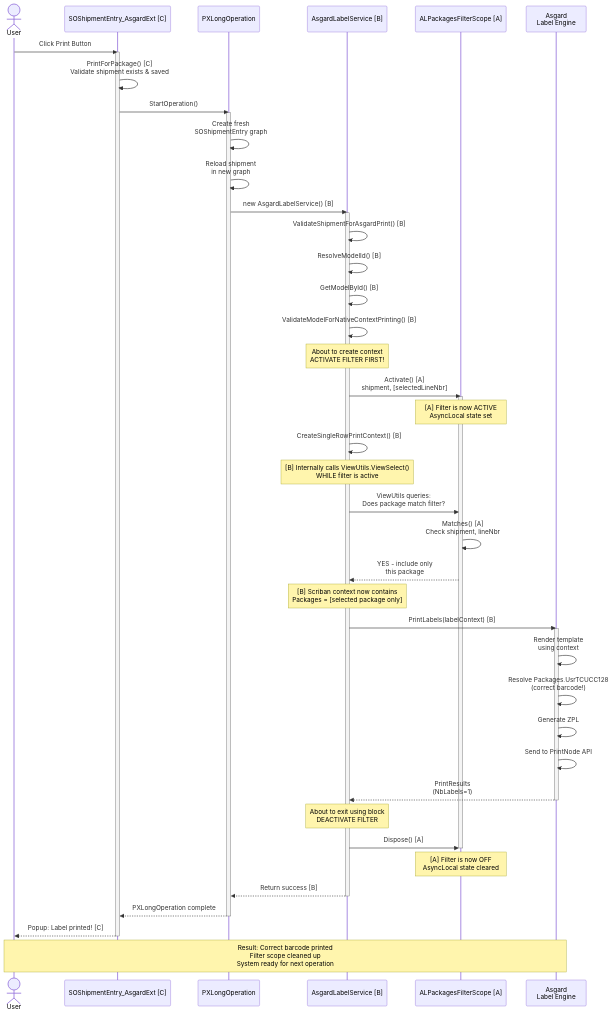
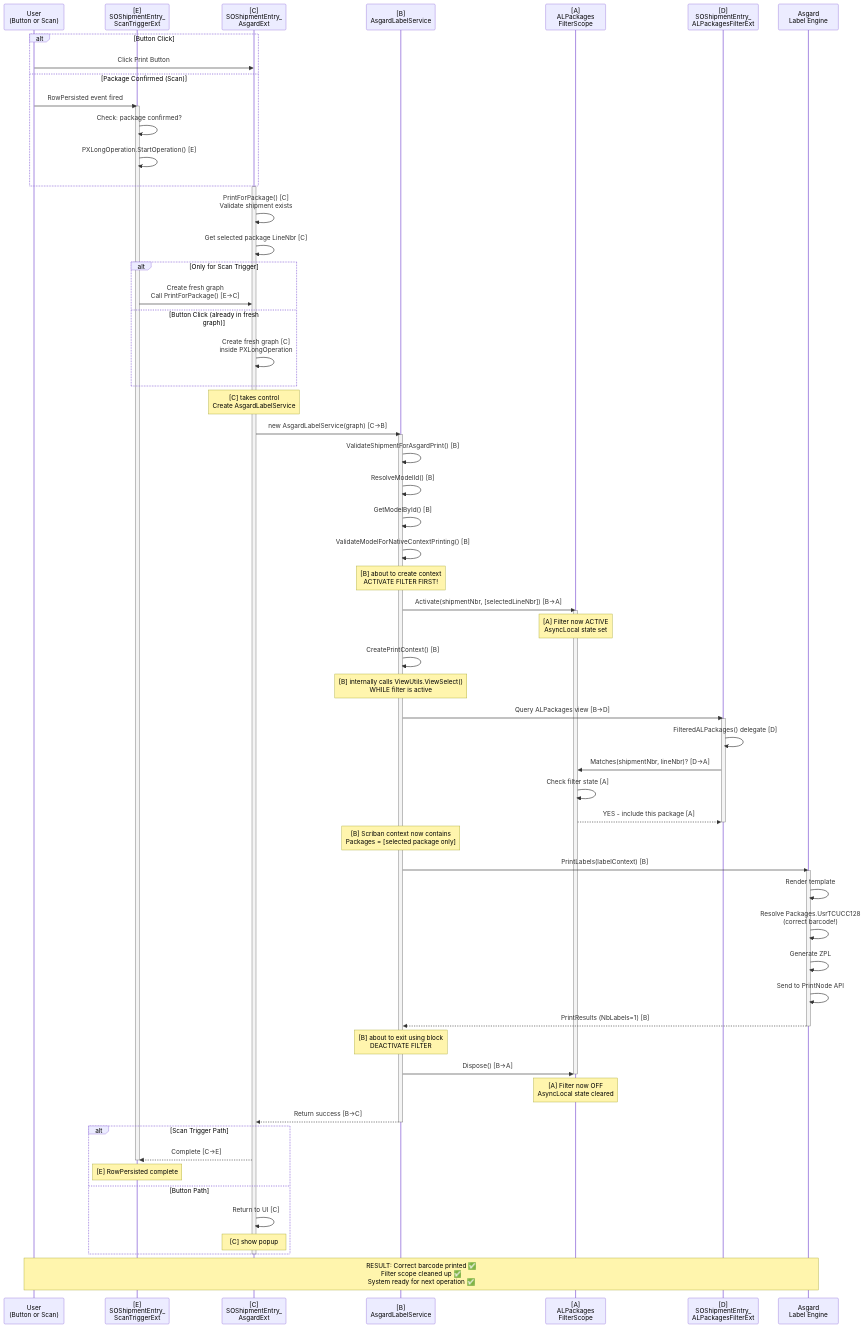
One commit to omnidox/PRJ-003--Asgard-Scan-to-Print-Automation changed the diagram in Acumatica_Important_code_Files/acumatica_2025_update/Custom_Code_10/SEQUENCE_DIAGRAM.md. Above: the diagram before and after it, drawn with Mermaid. The commit also changed other lines of this file, not shown here.

First line of the commit message:
Enhance SEQUENCE_DIAGRAM.md for print flow

````diff
--- a/Acumatica_Important_code_Files/acumatica_2025_update/Custom_Code_10/SEQUENCE_DIAGRAM.md
+++ b/Acumatica_Important_code_Files/acumatica_2025_update/Custom_Code_10/SEQUENCE_DIAGRAM.md
@@ -1,74 +1,98 @@
 ```mermaid
 sequenceDiagram
-    actor User
-    participant AsgardExt as SOShipmentEntry_AsgardExt [C]
-    participant LongOp as PXLongOperation
-    participant Service as AsgardLabelService [B]
-    participant FilterScope as ALPackagesFilterScope [A]
+    participant UserAction as User<br/>(Button or Scan)
+    participant FileE as [E]<br/>SOShipmentEntry_<br/>ScanTriggerExt
+    participant FileC as [C]<br/>SOShipmentEntry_<br/>AsgardExt
+    participant FileB as [B]<br/>AsgardLabelService
+    participant FileA as [A]<br/>ALPackages<br/>FilterScope
+    participant FileD as [D]<br/>SOShipmentEntry_<br/>ALPackagesFilterExt
     participant Asgard as Asgard<br/>Label Engine
 
-    User->>AsgardExt: Click Print Button
-    activate AsgardExt
+    alt Button Click
+        UserAction->>FileC: Click Print Button
+    else Package Confirmed (Scan)
+        UserAction->>FileE: RowPersisted event fired
+        activate FileE
+        FileE->>FileE: Check: package confirmed?
+        FileE->>FileE: PXLongOperation.StartOperation() [E]
+    end
+
+    activate FileC
     
-    AsgardExt->>AsgardExt: PrintForPackage() [C]<br/>Validate shipment exists & saved
+    FileC->>FileC: PrintForPackage() [C]<br/>Validate shipment exists
+    FileC->>FileC: Get selected package LineNbr [C]
     
-    AsgardExt->>LongOp: StartOperation()
-    activate LongOp
+    alt Only for Scan Trigger
+        FileE->>FileC: Create fresh graph<br/>Call PrintForPackage() [E→C]
+    else Button Click (already in fresh graph)
+        FileC->>FileC: Create fresh graph [C]<br/>inside PXLongOperation
+    end
+
+    Note over FileC: [C] takes control<br/>Create AsgardLabelService
+
+    FileC->>FileB: new AsgardLabelService(graph) [C→B]
+    activate FileB
+
+    FileB->>FileB: ValidateShipmentForAsgardPrint() [B]
+    FileB->>FileB: ResolveModelId() [B]
+    FileB->>FileB: GetModelById() [B]
+    FileB->>FileB: ValidateModelForNativeContextPrinting() [B]
+
+    Note over FileB: [B] about to create context<br/>ACTIVATE FILTER FIRST!
+
+    FileB->>FileA: Activate(shipmentNbr, [selectedLineNbr]) [B→A]
+    activate FileA
     
-    LongOp->>LongOp: Create fresh<br/>SOShipmentEntry graph
-    LongOp->>LongOp: Reload shipment<br/>in new graph
+    Note over FileA: [A] Filter now ACTIVE<br/>AsyncLocal state set
+
+    FileB->>FileB: CreatePrintContext() [B]
+
+    Note over FileB: [B] internally calls ViewUtils.ViewSelect()<br/>WHILE filter is active
+
+    FileB->>FileD: Query ALPackages view [B→D]
+    activate FileD
     
-    LongOp->>Service: new AsgardLabelService() [B]
-    activate Service
+    FileD->>FileD: FilteredALPackages() delegate [D]
+    FileD->>FileA: Matches(shipmentNbr, lineNbr)? [D→A]
     
-    Service->>Service: ValidateShipmentForAsgardPrint() [B]
-    Service->>Service: ResolveModelId() [B]
-    Service->>Service: GetModelById() [B]
-    Service->>Service: ValidateModelForNativeContextPrinting() [B]
+    FileA->>FileA: Check filter state [A]
+    FileA-->>FileD: YES - include this package [A]
     
-    Note over Service: About to create context<br/>ACTIVATE FILTER FIRST!
-    
-    Service->>FilterScope: Activate() [A]<br/>shipment, [selectedLineNbr]
-    activate FilterScope
-    
-    Note over FilterScope: [A] Filter is now ACTIVE<br/>AsyncLocal state set
-    
-    Service->>Service: CreateSingleRowPrintContext() [B]
-    
-    Note over Service: [B] Internally calls ViewUtils.ViewSelect()<br/>WHILE filter is active
-    
-    Service->>FilterScope: ViewUtils queries:<br/>Does package match filter?
-    FilterScope->>FilterScope: Matches() [A]<br/>Check shipment, lineNbr
-    FilterScope-->>Service: YES - include only<br/>this package
-    
-    Note over Service: [B] Scriban context now contains<br/>Packages = [selected package only]
-    
-    Service->>Asgard: PrintLabels(labelContext) [B]
+    deactivate FileD
+
+    Note over FileB: [B] Scriban context now contains<br/>Packages = [selected package only]
+
+    FileB->>Asgard: PrintLabels(labelContext) [B]
     activate Asgard
-    
-    Asgard->>Asgard: Render template<br/>using context
+
+    Asgard->>Asgard: Render template
     Asgard->>Asgard: Resolve Packages.UsrTCUCC128<br/>(correct barcode!)
     Asgard->>Asgard: Generate ZPL
     Asgard->>Asgard: Send to PrintNode API
-    
-    Asgard-->>Service: PrintResults<br/>(NbLabels=1)
+
+    Asgard-->>FileB: PrintResults (NbLabels=1) [B]
     deactivate Asgard
-    
-    Note over Service: About to exit using block<br/>DEACTIVATE FILTER
-    
-    Service->>FilterScope: Dispose() [A]
-    deactivate FilterScope
-    
-    Note over FilterScope: [A] Filter is now OFF<br/>AsyncLocal state cleared
-    
-    Service-->>LongOp: Return success [B]
-    deactivate Service
-    
-    LongOp-->>AsgardExt: PXLongOperation complete
-    deactivate LongOp
-    
-    AsgardExt-->>User: Popup: Label printed! [C]
-    deactivate AsgardExt
 
-    Note over User,Asgard: Result: Correct barcode printed<br/>Filter scope cleaned up<br/>System ready for next operation
+    Note over FileB: [B] about to exit using block<br/>DEACTIVATE FILTER
+
+    FileB->>FileA: Dispose() [B→A]
+    deactivate FileA
+
+    Note over FileA: [A] Filter now OFF<br/>AsyncLocal state cleared
+
+    FileB-->>FileC: Return success [B→C]
+    deactivate FileB
+
+    alt Scan Trigger Path
+        FileC-->>FileE: Complete [C→E]
+        deactivate FileE
+        Note over FileE: [E] RowPersisted complete
+    else Button Path
+        FileC->>FileC: Return to UI [C]
+        Note over FileC: [C] show popup
+    end
+
+    deactivate FileC
+
+    Note over UserAction,Asgard: RESULT: Correct barcode printed ✅<br/>Filter scope cleaned up ✅<br/>System ready for next operation ✅
 ```
````
